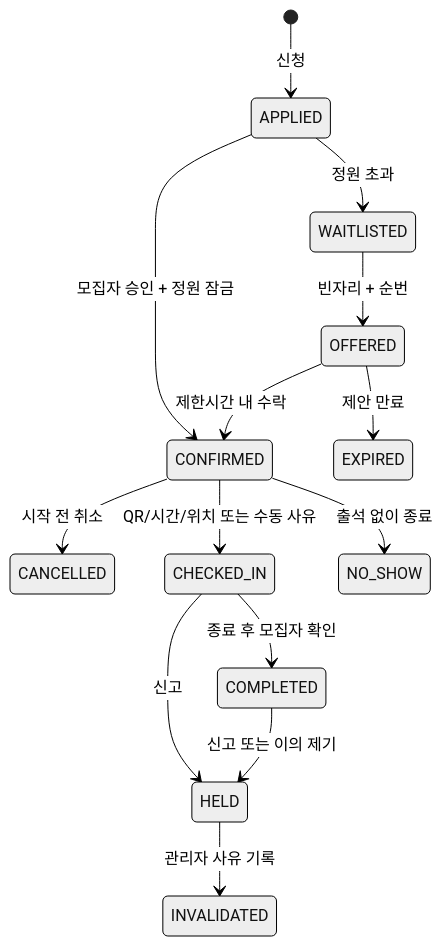
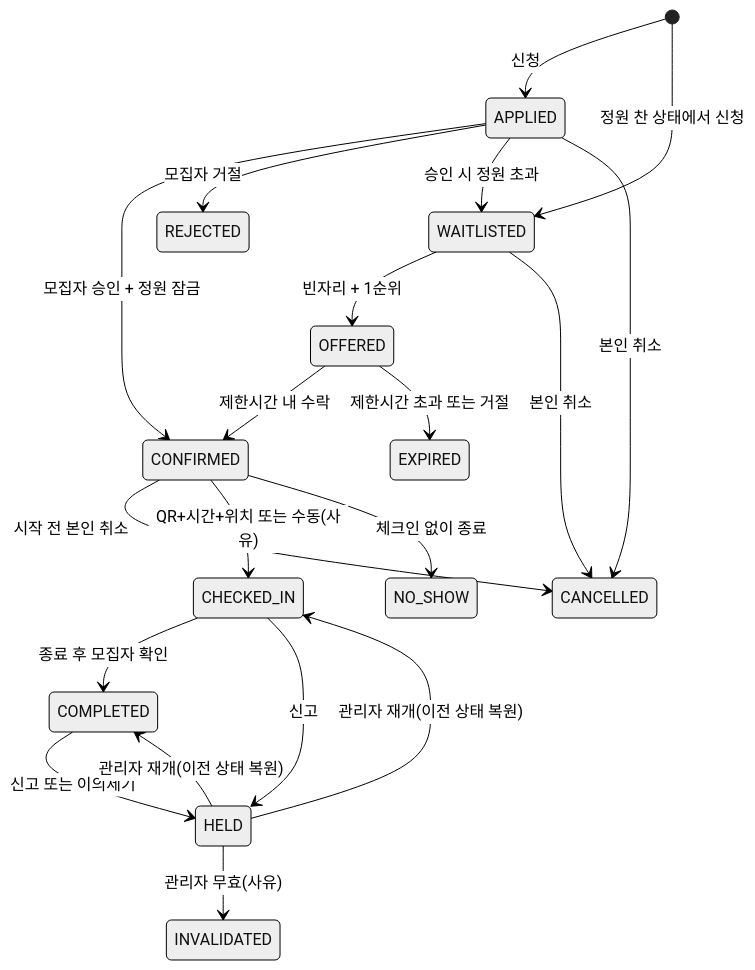
One commit to lov22eee/Volink changed the third of 4 diagrams in docs/architecture.md. Above: the diagram before and after it, drawn with Mermaid (neutral theme). The commit also changed other lines of this file and 37 other files, not shown here.

First line of the commit message:
feat: complete week 2 spec, V3 schema, input rules and handoff

````diff
--- a/docs/architecture.md
+++ b/docs/architecture.md
@@ -123,16 +149,22 @@
 ```mermaid
 stateDiagram-v2
     [*] --> APPLIED: 신청
+    [*] --> WAITLISTED: 정원 찬 상태에서 신청
     APPLIED --> CONFIRMED: 모집자 승인 + 정원 잠금
-    APPLIED --> WAITLISTED: 정원 초과
-    WAITLISTED --> OFFERED: 빈자리 + 순번
+    APPLIED --> REJECTED: 모집자 거절
+    APPLIED --> WAITLISTED: 승인 시 정원 초과
+    APPLIED --> CANCELLED: 본인 취소
+    WAITLISTED --> OFFERED: 빈자리 + 1순위
+    WAITLISTED --> CANCELLED: 본인 취소
     OFFERED --> CONFIRMED: 제한시간 내 수락
-    OFFERED --> EXPIRED: 제안 만료
-    CONFIRMED --> CANCELLED: 시작 전 취소
-    CONFIRMED --> CHECKED_IN: QR/시간/위치 또는 수동 사유
-    CONFIRMED --> NO_SHOW: 출석 없이 종료
+    OFFERED --> EXPIRED: 제한시간 초과 또는 거절
+    CONFIRMED --> CANCELLED: 시작 전 본인 취소
+    CONFIRMED --> CHECKED_IN: QR+시간+위치 또는 수동(사유)
+    CONFIRMED --> NO_SHOW: 체크인 없이 종료
     CHECKED_IN --> COMPLETED: 종료 후 모집자 확인
     CHECKED_IN --> HELD: 신고
-    COMPLETED --> HELD: 신고 또는 이의 제기
-    HELD --> INVALIDATED: 관리자 사유 기록
+    COMPLETED --> HELD: 신고 또는 이의제기
+    HELD --> CHECKED_IN: 관리자 재개(이전 상태 복원)
+    HELD --> COMPLETED: 관리자 재개(이전 상태 복원)
+    HELD --> INVALIDATED: 관리자 무효(사유)
 ```
````
